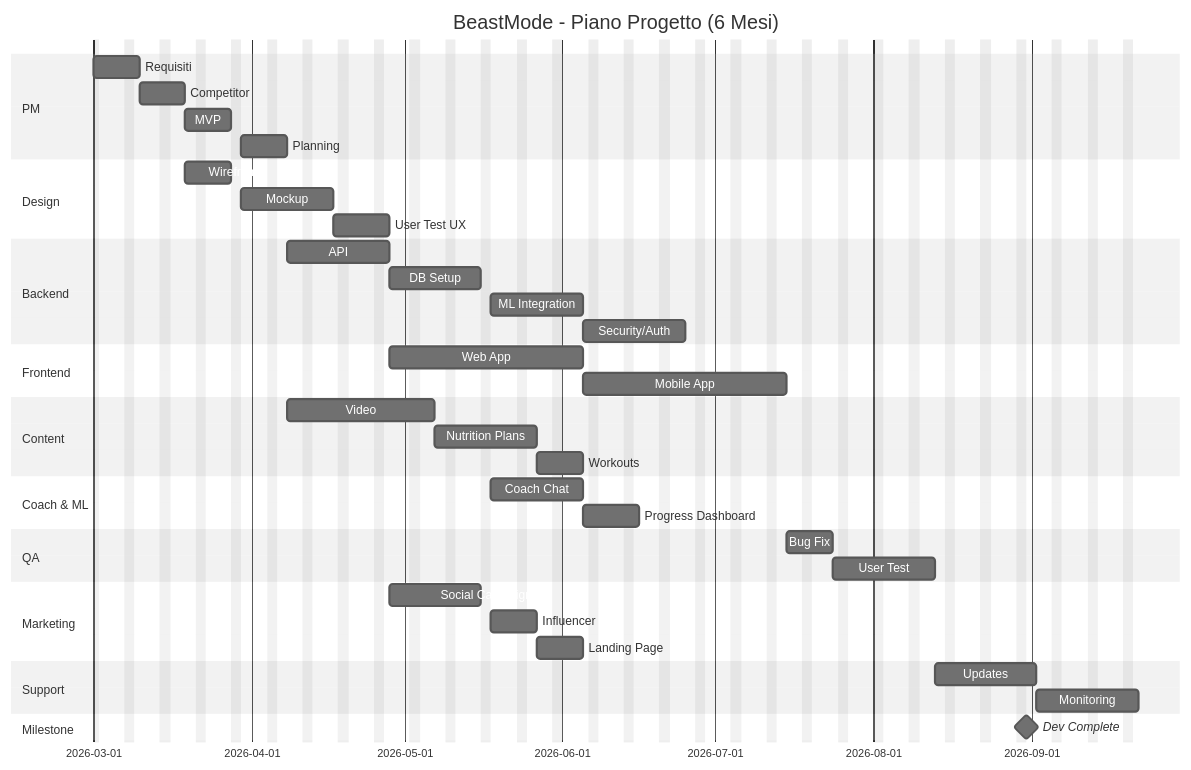
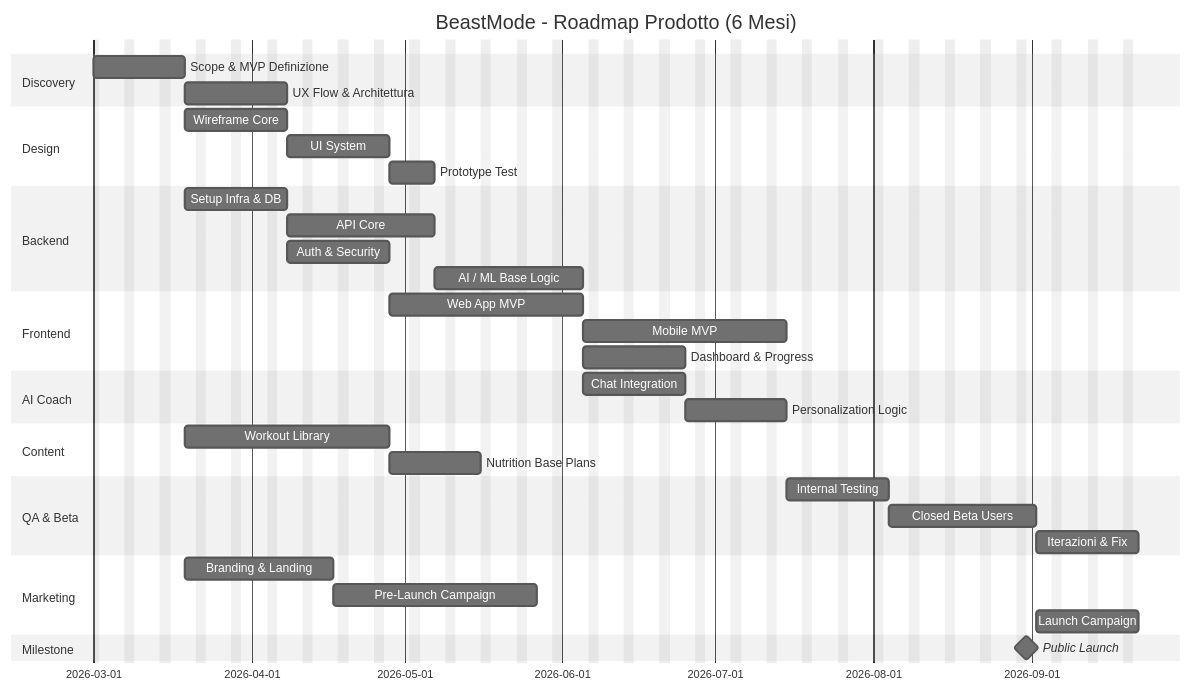
Before and after one commit to alxkndr/GEP: the second of 2 diagrams in README.md, drawn with Mermaid (neutral theme).

````diff
--- a/README.md
+++ b/README.md
@@ -403,52 +403,47 @@
 ```mermaid
 gantt
-    title BeastMode - Piano Progetto (6 Mesi)
+    title BeastMode - Roadmap Prodotto (6 Mesi)
     dateFormat  YYYY-MM-DD
     excludes    weekends
 
-    section PM
-    Requisiti            :b1, 2026-03-01, 1w
-    Competitor           :b2, after b1, 1w
-    MVP                  :b3, after b2, 1w
-    Planning             :b4, after b3, 1w
+    section Discovery
+    Scope & MVP Definizione     :a1, 2026-03-01, 2w
+    UX Flow & Architettura      :a2, after a1, 2w
 
     section Design
-    Wireframe            :c1, after b2, 1w
-    Mockup               :c2, after c1, 2w
-    User Test UX         :c3, after c2, 1w
+    Wireframe Core              :b1, after a1, 2w
+    UI System                   :b2, after b1, 2w
+    Prototype Test              :b3, after b2, 1w
 
     section Backend
-    API                  :e1, after b4, 2w
-    DB Setup             :e2, after e1, 2w
-    ML Integration       :e3, after e2, 2w
-    Security/Auth        :e4, after e3, 2w
+    Setup Infra & DB            :c1, after a1, 2w
+    API Core                    :c2, after c1, 3w
+    Auth & Security             :c3, after c1, 2w
+    AI / ML Base Logic          :c4, after c2, 3w
 
     section Frontend
-    Web App              :d1, after c3, 4w
-    Mobile App           :d2, after d1, 4w
+    Web App MVP                 :d1, after b2, 4w
+    Mobile MVP                  :d2, after d1, 4w
+    Dashboard & Progress        :d3, after d1, 2w
+
+    section AI Coach
+    Chat Integration            :e1, after c4, 2w
+    Personalization Logic       :e2, after e1, 2w
 
     section Content
-    Video                :f1, after b4, 3w
-    Nutrition Plans      :f2, after f1, 2w
-    Workouts             :f3, after f2, 1w
+    Workout Library             :f1, after a1, 4w
+    Nutrition Base Plans        :f2, after f1, 2w
 
-    section Coach & ML
-    Coach Chat           :g1, after e2, 2w
-    Progress Dashboard   :g2, after g1, 1w
-
-    section QA
-    Bug Fix              :h1, after d2, 1w
-    User Test            :h2, after h1, 2w
+    section QA & Beta
+    Internal Testing            :g1, after d2, 2w
+    Closed Beta Users           :g2, after g1, 3w
+    Iterazioni & Fix            :g3, after g2, 2w
 
     section Marketing
-    Social Campaign      :i1, after c3, 2w
-    Influencer           :i2, after i1, 1w
-    Landing Page         :i3, after i2, 1w
-
-    section Support
-    Updates              :j1, after h2, 2w
-    Monitoring           :j2, after j1, 2w
+    Branding & Landing          :h1, after a1, 3w
+    Pre-Launch Campaign         :h2, after h1, 4w
+    Launch Campaign             :h3, after g2, 2w
 
     section Milestone
-    Dev Complete         :milestone, m1, 2026-08-31, 0d
+    Public Launch               :milestone, m1, 2026-08-31, 0d
 ```
````
